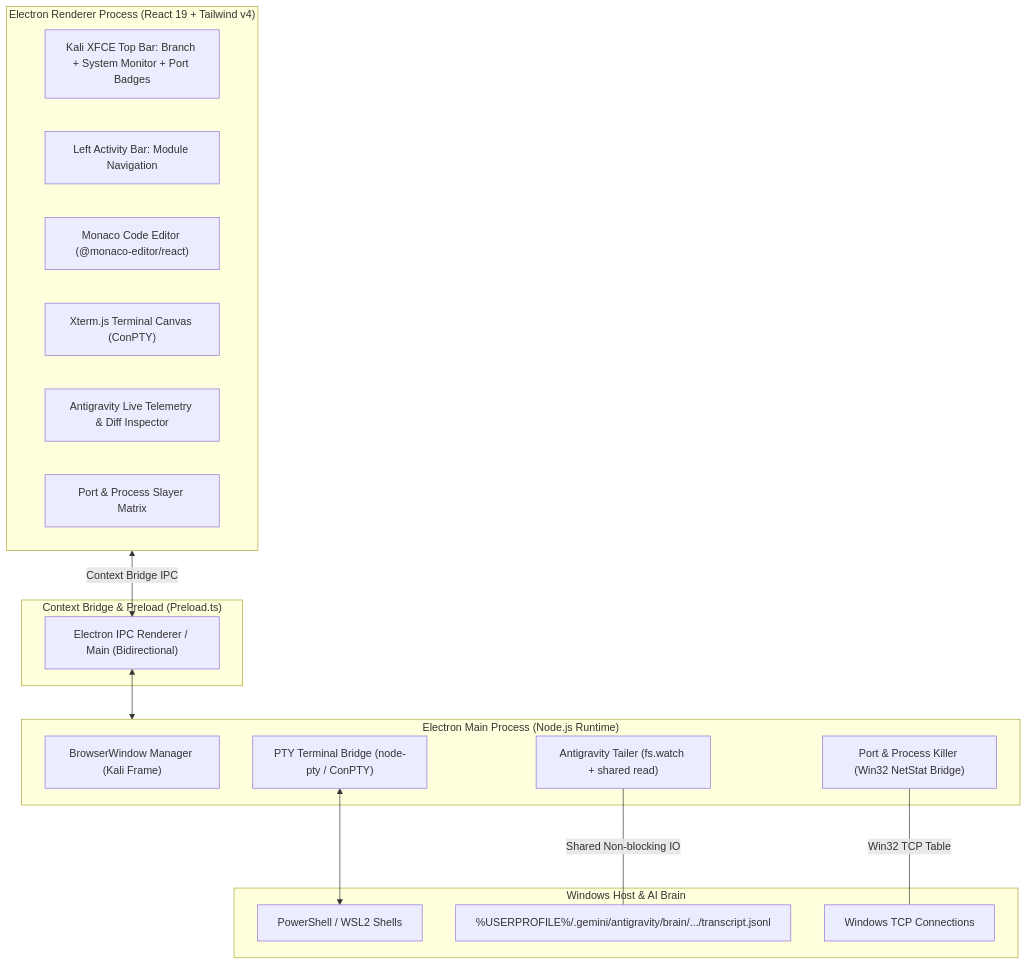
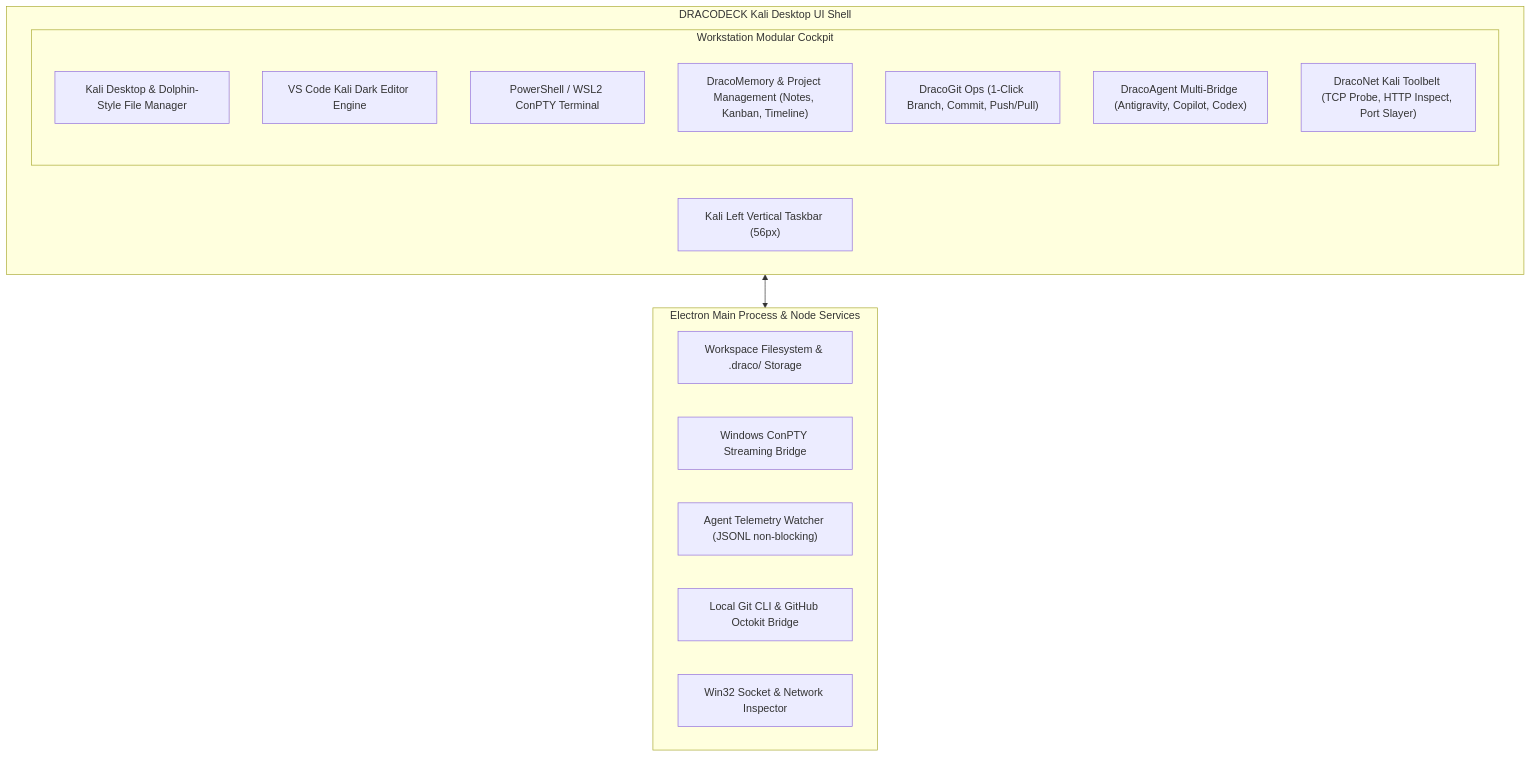
Before and after one commit to elrazaq/dracodeck: the diagram in docs/m0-master-plan.md, drawn with Mermaid. The commit also changed other lines of this file and 5 other files, not shown here.

Commit message:
feat(m0): integrate master plan for DracoMemory and GitOps

````diff
--- a/docs/m0-master-plan.md
+++ b/docs/m0-master-plan.md
@@ -30,34 +29,25 @@
 ```mermaid
 flowchart TD
-    subgraph UI_Renderer ["Electron Renderer Process (React 19 + Tailwind v4)"]
-        TopBar["Kali XFCE Top Bar: Branch + System Monitor + Port Badges"]
-        ActivityBar["Left Activity Bar: Module Navigation"]
-        EditorArea["Monaco Code Editor (@monaco-editor/react)"]
-        TerminalPanel["Xterm.js Terminal Canvas (ConPTY)"]
-        TelemetryPanel["Antigravity Live Telemetry & Diff Inspector"]
-        SlayerPanel["Port & Process Slayer Matrix"]
+    subgraph UI_Shell ["DRACODECK Kali Desktop UI Shell"]
+        LeftDock["Kali Left Vertical Taskbar (56px)"]
+        subgraph Modules ["Workstation Modular Cockpit"]
+            DeckDesktop["Kali Desktop & Dolphin-Style File Manager"]
+            CodeEditor["VS Code Kali Dark Editor Engine"]
+            TerminalArea["PowerShell / WSL2 ConPTY Terminal"]
+            MemoryHub["DracoMemory & Project Management (Notes, Kanban, Timeline)"]
+            GitMission["DracoGit Ops (1-Click Branch, Commit, Push/Pull)"]
+            AgentHub["DracoAgent Multi-Bridge (Antigravity, Copilot, Codex)"]
+            NetSuite["DracoNet Kali Toolbelt (TCP Probe, HTTP Inspect, Port Slayer)"]
+        end
     end
 
-    subgraph IPC_Bridge ["Context Bridge & Preload (Preload.ts)"]
-        IpcChannel["Electron IPC Renderer / Main (Bidirectional)"]
+    subgraph Core_Engine ["Electron Main Process & Node Services"]
+        FsEngine["Workspace Filesystem & .draco/ Storage"]
+        PtyBridge["Windows ConPTY Streaming Bridge"]
+        TailerService["Agent Telemetry Watcher (JSONL non-blocking)"]
+        GitBridge["Local Git CLI & GitHub Octokit Bridge"]
+        NetProbe["Win32 Socket & Network Inspector"]
     end
 
-    subgraph Main_Process ["Electron Main Process (Node.js Runtime)"]
-        WindowManager["BrowserWindow Manager (Kali Frame)"]
-        PTYEngine["PTY Terminal Bridge (node-pty / ConPTY)"]
-        LogTailer["Antigravity Tailer (fs.watch + shared read)"]
-        PortInspector["Port & Process Killer (Win32 NetStat Bridge)"]
-    end
-
-    subgraph Host_OS ["Windows Host & AI Brain"]
-        ShellProc["PowerShell / WSL2 Shells"]
-        BrainLogs["%USERPROFILE%/.gemini/antigravity/brain/.../transcript.jsonl"]
-        NetTable["Windows TCP Connections"]
-    end
-
-    UI_Renderer <-->|Context Bridge IPC| IpcChannel
-    IpcChannel <--> Main_Process
-    PTYEngine <--> ShellProc
-    LogTailer <---|Shared Non-blocking IO| BrainLogs
-    PortInspector <---|Win32 TCP Table| NetTable
+    UI_Shell <--> Core_Engine
 ```
````
